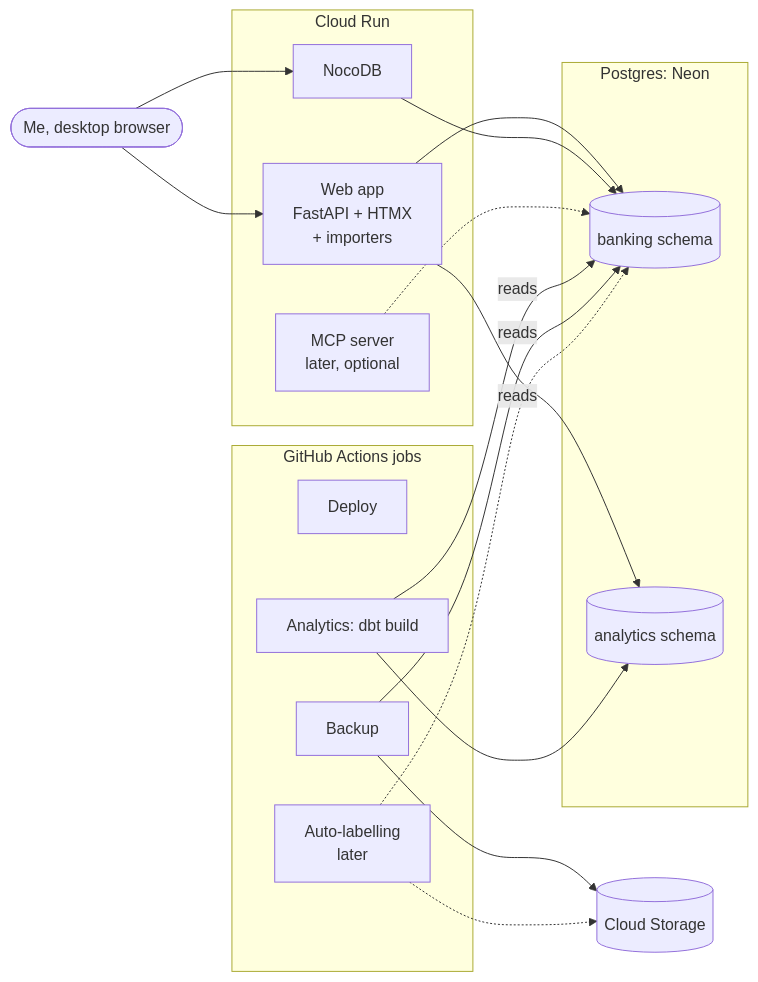
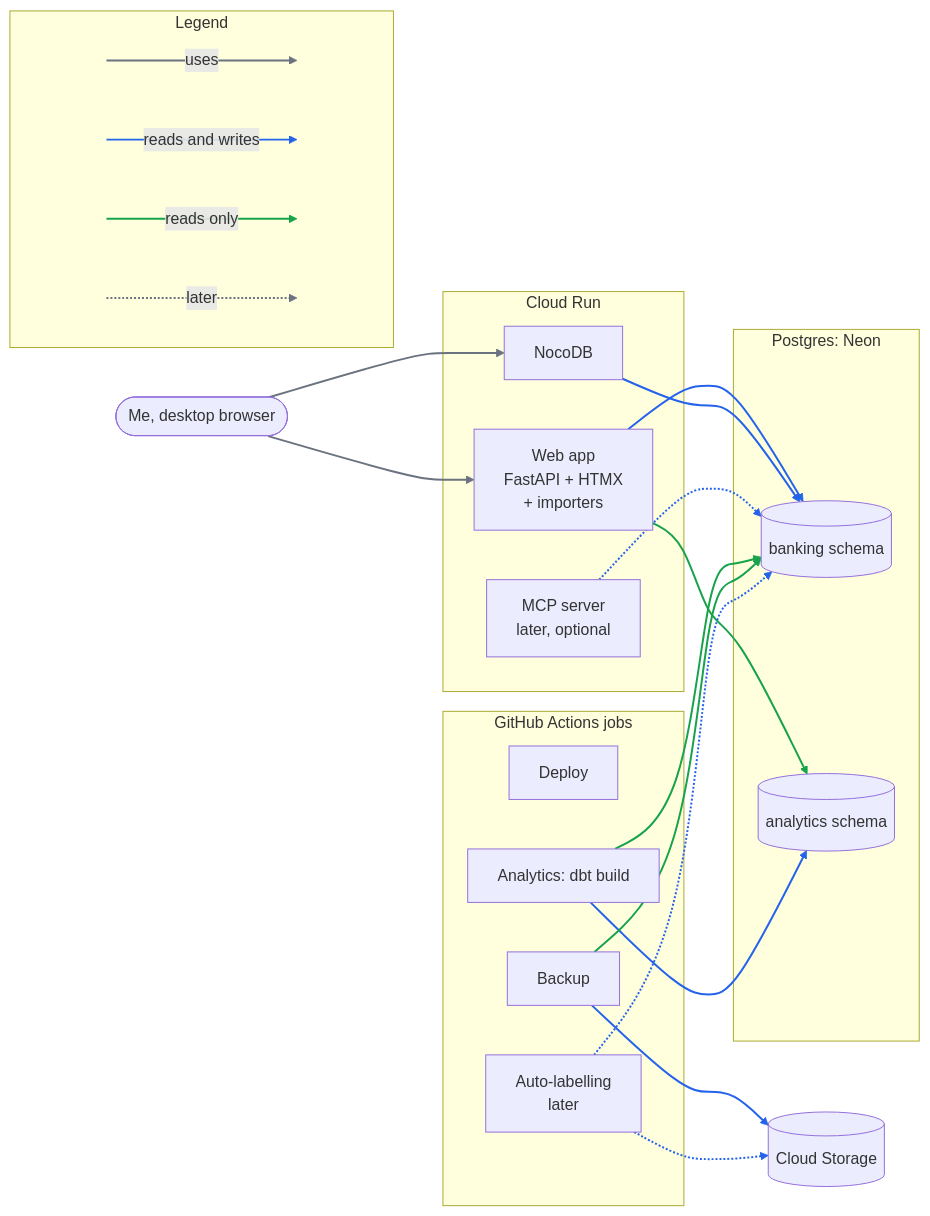
One commit to machbry/autoquest changed the diagram in apps/banking/docs/architecture.md. Above: the diagram before and after it, drawn with Mermaid.

Commit message:
docs(banking): colour diagram arrows by access type

````diff
--- a/apps/banking/docs/architecture.md
+++ b/apps/banking/docs/architecture.md
@@ -13,33 +13,48 @@
 ```mermaid
 flowchart LR
     user([Me, desktop browser])
     subgraph run[Cloud Run]
         web[Web app<br/>FastAPI + HTMX<br/>+ importers]
         noco[NocoDB]
         mcp[MCP server<br/>later, optional]
     end
     subgraph pg[Postgres: Neon]
         banking[(banking schema)]
         analytics[(analytics schema)]
     end
     subgraph gha[GitHub Actions jobs]
         deploy[Deploy]
         backup[Backup]
         dbt[Analytics: dbt build]
         ml[Auto-labelling<br/>later]
     end
     gcs[(Cloud Storage)]
 
     user --> web
     user --> noco
     web --> banking
-    web -- reads --> analytics
+    web --> analytics
     noco --> banking
     mcp -.-> banking
-    dbt -- reads --> banking
+    dbt --> banking
     dbt --> analytics
-    backup -- reads --> banking
+    backup --> banking
     backup --> gcs
     ml -.-> banking
     ml -.-> gcs
+
+    subgraph legend[Legend]
+        direction LR
+        k1[ ] -- uses --> k2[ ]
+        k3[ ] -- reads and writes --> k4[ ]
+        k5[ ] -- reads only --> k6[ ]
+        k7[ ] -. later .-> k8[ ]
+    end
+
+    classDef key fill:none,stroke:none
+    class k1,k2,k3,k4,k5,k6,k7,k8 key
+    linkStyle 0,1,12 stroke:#6b7280,stroke-width:2px
+    linkStyle 2,4,5,7,9,10,11,13 stroke:#2563eb,stroke-width:2px
+    linkStyle 3,6,8,14 stroke:#16a34a,stroke-width:2px
+    linkStyle 15 stroke:#6b7280,stroke-width:2px
 ```
````
